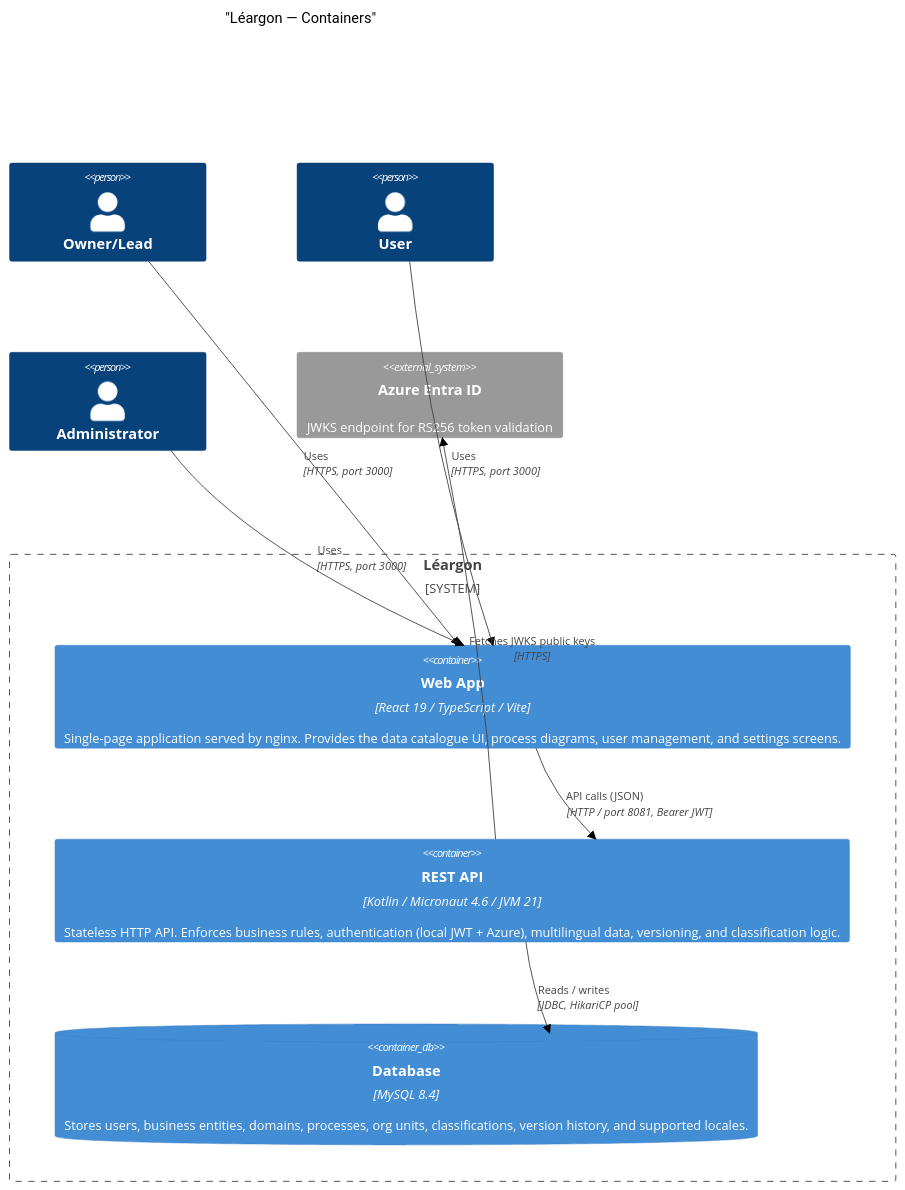
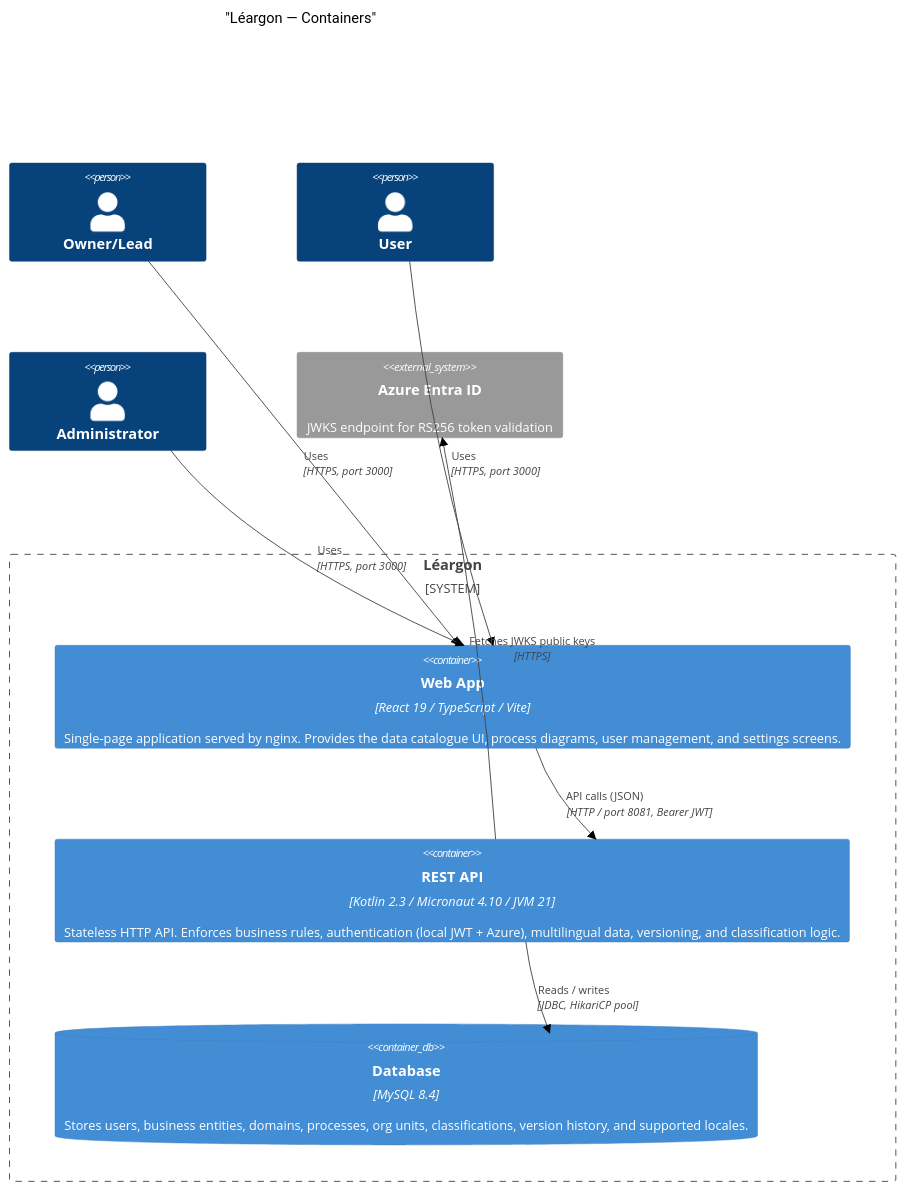
One commit to Leargon/Leargon changed the second of 7 diagrams in ARCHITECTURE.md. Above: the diagram before and after it, drawn with Mermaid (forest theme). The commit also changed other lines of this file and 8 other files, not shown here.

````diff
--- a/ARCHITECTURE.md
+++ b/ARCHITECTURE.md
@@ -37,23 +37,23 @@
 ```mermaid
 C4Container
   title "Léargon — Containers"
 
   Person(owner, "Owner/Lead")
   Person(user, "User")
   Person(admin, "Administrator")
 
   System_Boundary(leargon, "Léargon") {
     Container(frontend, "Web App", "React 19 / TypeScript / Vite", "Single-page application served by nginx. Provides the data catalogue UI, process diagrams, user management, and settings screens.")
-    Container(backend, "REST API", "Kotlin / Micronaut 4.6 / JVM 21", "Stateless HTTP API. Enforces business rules, authentication (local JWT + Azure), multilingual data, versioning, and classification logic.")
+    Container(backend, "REST API", "Kotlin 2.3 / Micronaut 4.10 / JVM 21", "Stateless HTTP API. Enforces business rules, authentication (local JWT + Azure), multilingual data, versioning, and classification logic.")
     ContainerDb(db, "Database", "MySQL 8.4", "Stores users, business entities, domains, processes, org units, classifications, version history, and supported locales.")
   }
 
   System_Ext(azure, "Azure Entra ID", "JWKS endpoint for RS256 token validation")
 
   Rel(owner, frontend, "Uses", "HTTPS, port 3000")
   Rel(user, frontend, "Uses", "HTTPS, port 3000")
   Rel(admin, frontend, "Uses", "HTTPS, port 3000")
   Rel(frontend, backend, "API calls (JSON)", "HTTP / port 8081, Bearer JWT")
   Rel(backend, db, "Reads / writes", "JDBC, HikariCP pool")
   Rel(backend, azure, "Fetches JWKS public keys", "HTTPS")
 ```
````
